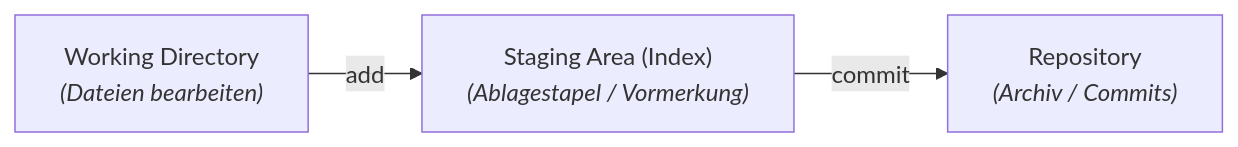
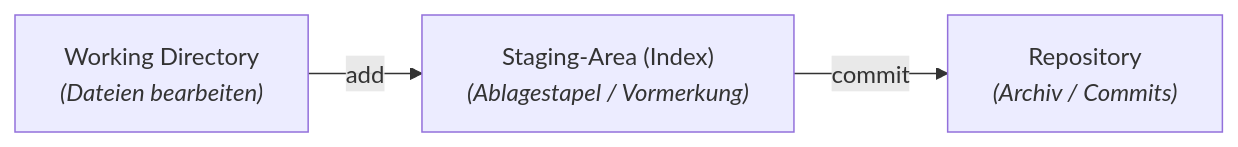
Before and after one commit to fubinf/propra-inf: the diagram in ch/Werkzeuge/Git/git-Objektmodell.md, drawn with Mermaid. The commit also changed other lines of this file, not shown here.

````diff
--- a/ch/Werkzeuge/Git/git-Objektmodell.md
+++ b/ch/Werkzeuge/Git/git-Objektmodell.md
@@ -44,5 +44,5 @@
 ```mermaid
 flowchart LR
-    A["Working Directory<br/><i>(Dateien bearbeiten)</i>"] -->|add| B["Staging Area (Index)<br/><i>(Ablagestapel / Vormerkung)</i>"]
+    A["Working Directory<br/><i>(Dateien bearbeiten)</i>"] -->|add| B["Staging-Area (Index)<br/><i>(Ablagestapel / Vormerkung)</i>"]
     B -->|commit| C["Repository<br/><i>(Archiv / Commits)</i>"]
 ```
````
